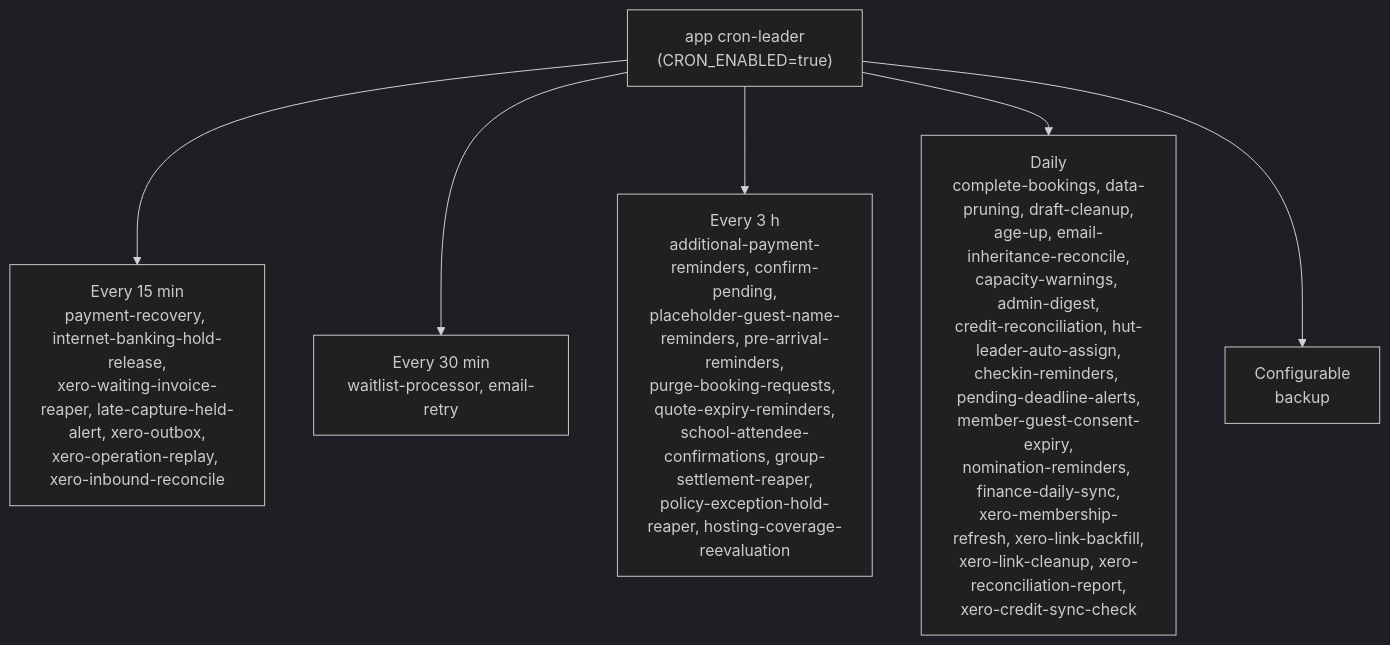
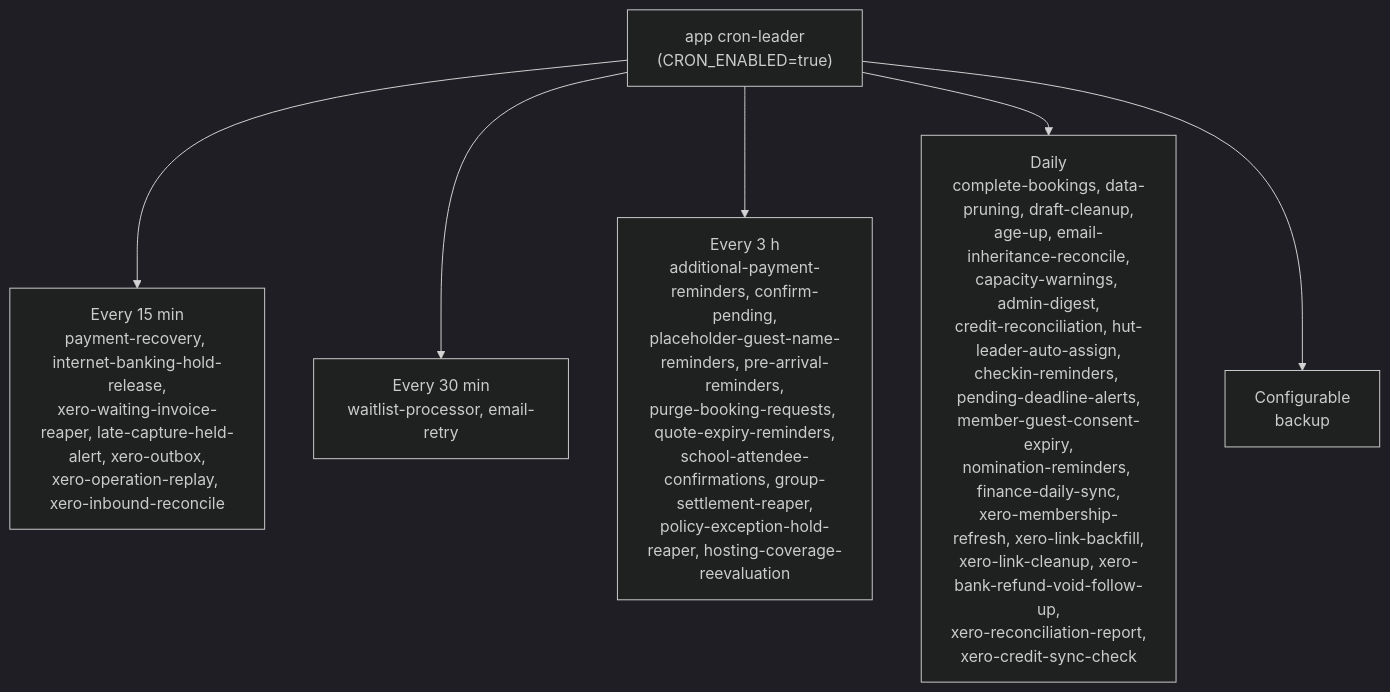
Before and after one commit to hitchcocknz/AlpineClubBookingsNZ: the fifth of 5 diagrams in docs/ARCHITECTURE.md, drawn with Mermaid (dark theme). The commit also changed other lines of this file and 49 other files, not shown here.

````diff
--- a/docs/ARCHITECTURE.md
+++ b/docs/ARCHITECTURE.md
@@ -3262,9 +3262,9 @@
 ```mermaid
 flowchart TD
     Leader["app cron-leader<br/>(CRON_ENABLED=true)"]
     Leader --> Q15["Every 15 min<br/>payment-recovery, internet-banking-hold-release,<br/>xero-waiting-invoice-reaper, late-capture-held-alert, xero-outbox,<br/>xero-operation-replay, xero-inbound-reconcile"]
     Leader --> Q30["Every 30 min<br/>waitlist-processor, email-retry"]
     Leader --> Q3h["Every 3 h<br/>additional-payment-reminders, confirm-pending,<br/>placeholder-guest-name-reminders, pre-arrival-reminders,<br/>purge-booking-requests, quote-expiry-reminders,<br/>school-attendee-confirmations, group-settlement-reaper,<br/>policy-exception-hold-reaper, hosting-coverage-reevaluation"]
-    Leader --> Daily["Daily<br/>complete-bookings, data-pruning, draft-cleanup,<br/>age-up, email-inheritance-reconcile,<br/>capacity-warnings, admin-digest,<br/>credit-reconciliation, hut-leader-auto-assign,<br/>checkin-reminders, pending-deadline-alerts,<br/>member-guest-consent-expiry,<br/>nomination-reminders, finance-daily-sync,<br/>xero-membership-refresh, xero-link-backfill,<br/>xero-link-cleanup, xero-reconciliation-report,<br/>xero-credit-sync-check"]
+    Leader --> Daily["Daily<br/>complete-bookings, data-pruning, draft-cleanup,<br/>age-up, email-inheritance-reconcile,<br/>capacity-warnings, admin-digest,<br/>credit-reconciliation, hut-leader-auto-assign,<br/>checkin-reminders, pending-deadline-alerts,<br/>member-guest-consent-expiry,<br/>nomination-reminders, finance-daily-sync,<br/>xero-membership-refresh, xero-link-backfill,<br/>xero-link-cleanup, xero-bank-refund-void-follow-up,<br/>xero-reconciliation-report,<br/>xero-credit-sync-check"]
     Leader --> Cfg["Configurable<br/>backup"]
 ```
````
